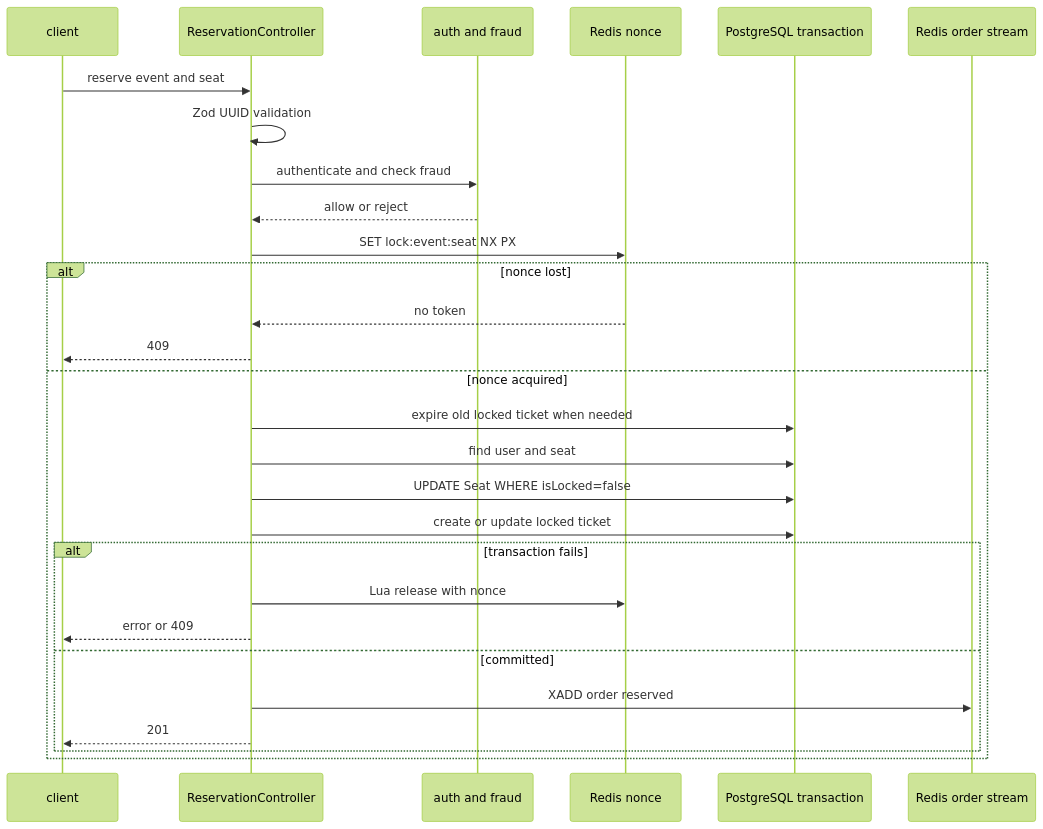
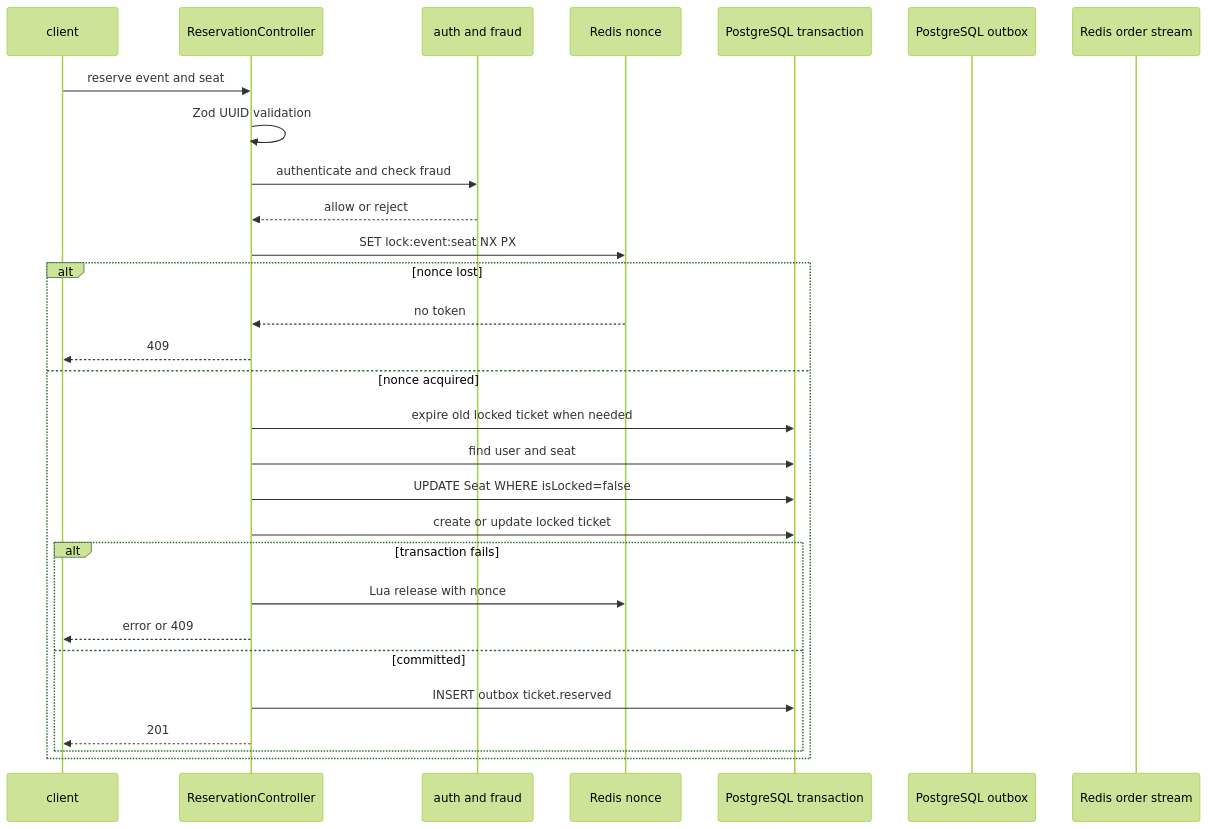
The second of 3 diagrams in docs/ARCHITECTURE.md (genesisgzdev/Project-MegaTicketing), drawn with Mermaid (forest theme) before and after one commit. The commit also changed other lines of this file and 16 other files, not shown here.

```diff
--- a/docs/ARCHITECTURE.md
+++ b/docs/ARCHITECTURE.md
@@ -35,30 +36,31 @@
 ~~~mermaid
 sequenceDiagram
     participant C as client
     participant API as ReservationController
     participant A as auth and fraud
     participant R as Redis nonce
     participant PG as PostgreSQL transaction
+    participant O as PostgreSQL outbox
     participant X as Redis order stream
     C->>API: reserve event and seat
     API->>API: Zod UUID validation
     API->>A: authenticate and check fraud
     A-->>API: allow or reject
     API->>R: SET lock:event:seat NX PX
     alt nonce lost
       R-->>API: no token
       API-->>C: 409
     else nonce acquired
     API->>PG: expire old locked ticket when needed
       API->>PG: find user and seat
       API->>PG: UPDATE Seat WHERE isLocked=false
     API->>PG: create or update locked ticket
       alt transaction fails
         API->>R: Lua release with nonce
         API-->>C: error or 409
       else committed
-        API->>X: XADD order reserved
+        API->>PG: INSERT outbox ticket.reserved
         API-->>C: 201
       end
     end
 ~~~
```
